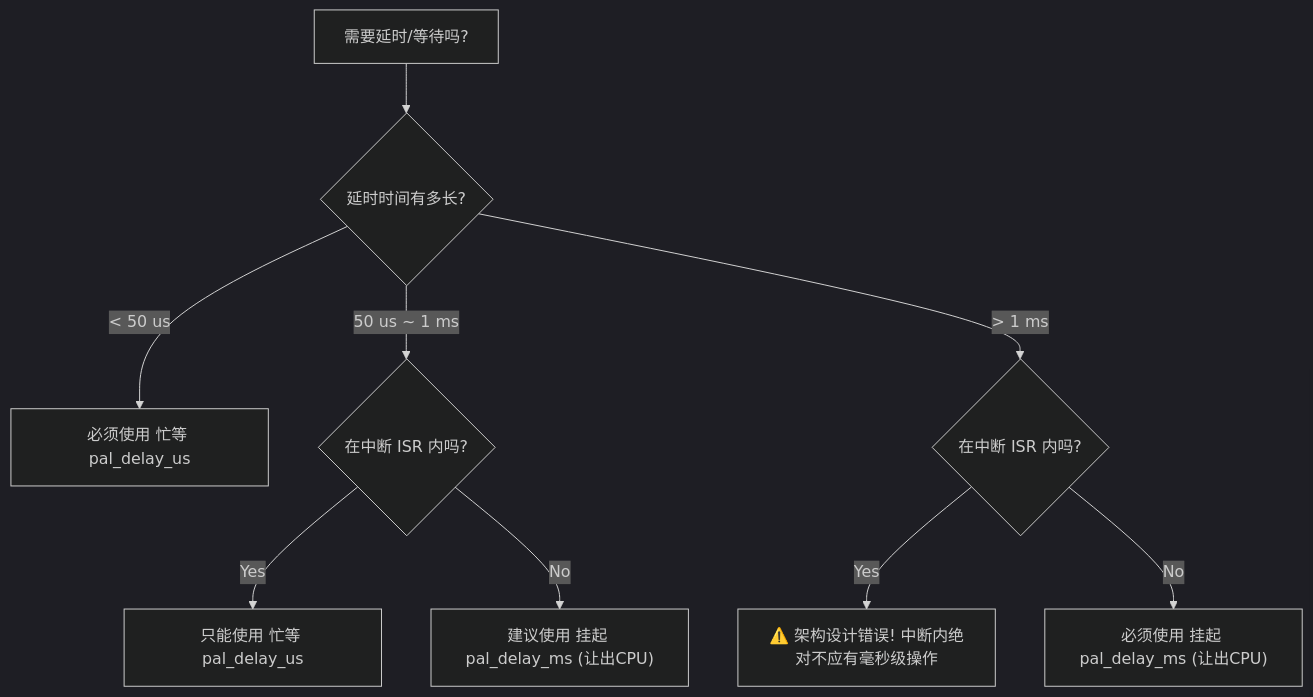
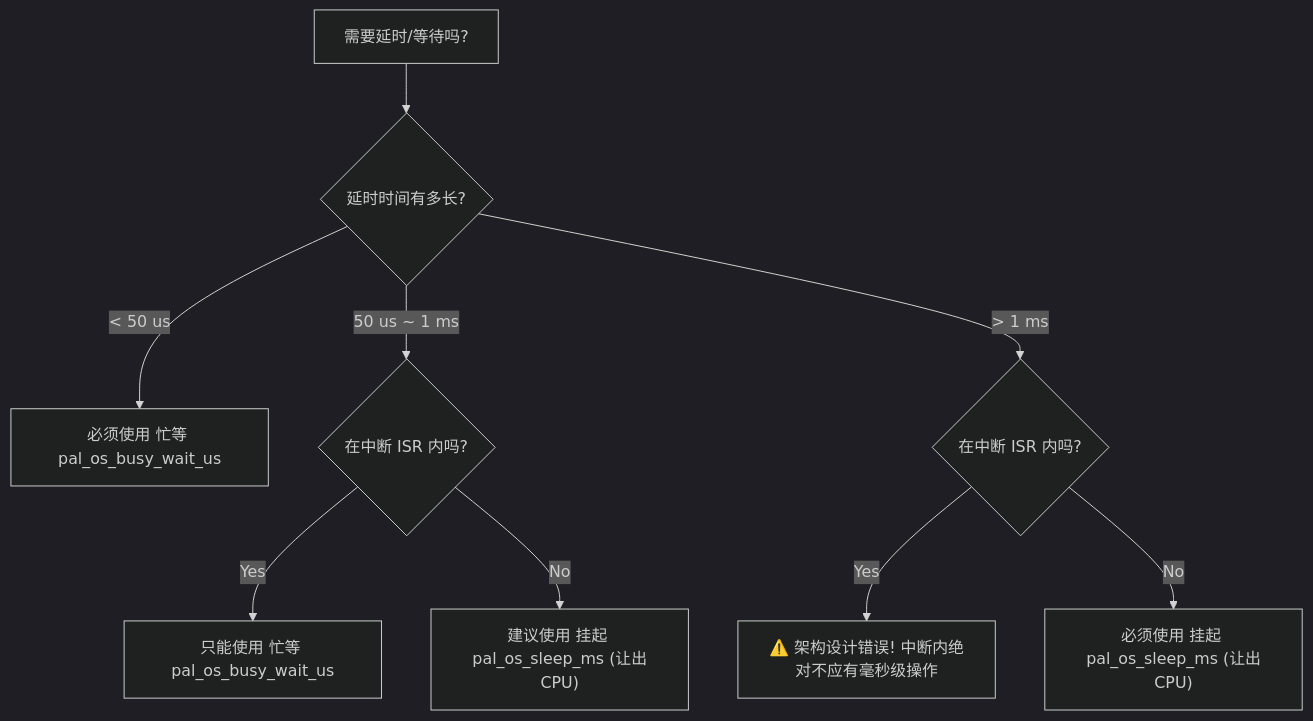
Before and after one commit to ailuhaosi/wink-ai-embedded: the diagram in wink-micro-os/docs/app-coding-gotchas.md, drawn with Mermaid (dark theme). The commit also changed other lines of this file, not shown here.

````diff
--- a/wink-micro-os/docs/app-coding-gotchas.md
+++ b/wink-micro-os/docs/app-coding-gotchas.md
@@ -85,11 +85,11 @@
 ```mermaid
 graph TD
     A["需要延时/等待吗?"] --> B{"延时时间有多长?"}
-    B -->|"< 50 us"| C["必须使用 忙等 pal_delay_us"]
+    B -->|"< 50 us"| C["必须使用 忙等 pal_os_busy_wait_us"]
     B -->|"50 us ~ 1 ms"| D{"在中断 ISR 内吗?"}
-    D -->|Yes| E["只能使用 忙等 pal_delay_us"]
-    D -->|No| F["建议使用 挂起 pal_delay_ms (让出CPU)"]
+    D -->|Yes| E["只能使用 忙等 pal_os_busy_wait_us"]
+    D -->|No| F["建议使用 挂起 pal_os_sleep_ms (让出CPU)"]
     B -->|"> 1 ms"| G{"在中断 ISR 内吗?"}
     G -->|Yes| H["⚠️ 架构设计错误! 中断内绝对不应有毫秒级操作"]
-    G -->|No| I["必须使用 挂起 pal_delay_ms (让出CPU)"]
+    G -->|No| I["必须使用 挂起 pal_os_sleep_ms (让出CPU)"]
 ```
````
